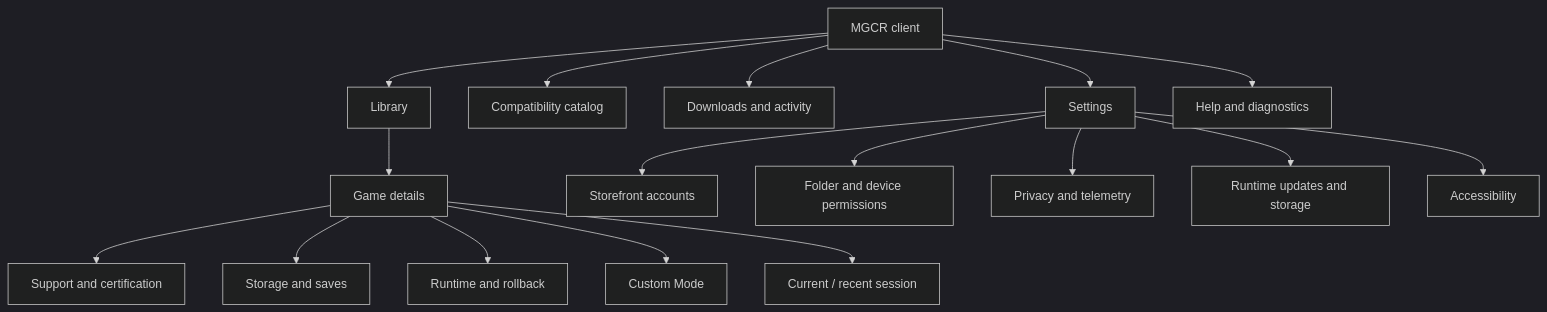
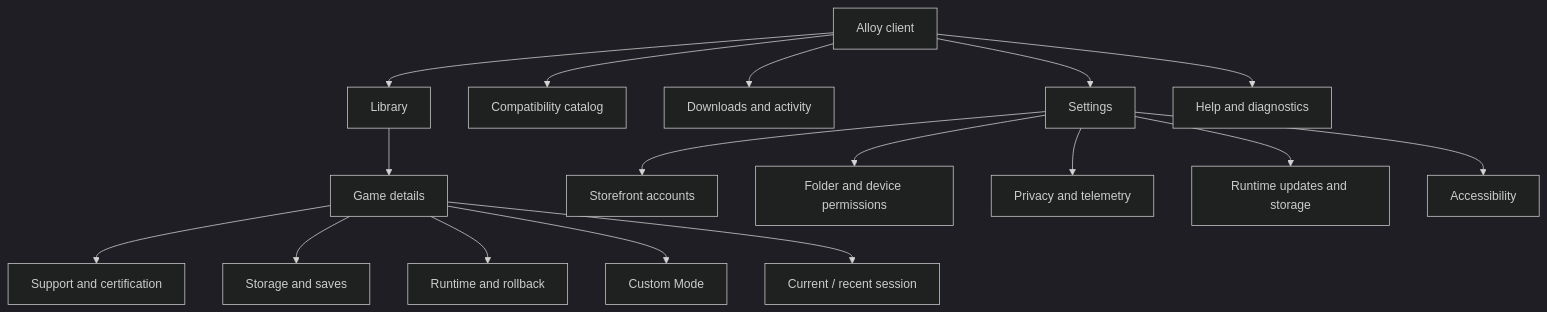
The first of 2 diagrams in docs/docs/03_UX_AND_USER_JOURNEYS.md (cleverClosure/Alloy), drawn with Mermaid (dark theme) before and after one commit. The commit also changed other lines of this file and 42 other files, not shown here.

````diff
--- a/docs/docs/03_UX_AND_USER_JOURNEYS.md
+++ b/docs/docs/03_UX_AND_USER_JOURNEYS.md
@@ -35,21 +35,21 @@
 ```mermaid
 flowchart TB
-    App[MGCR client] --> Library[Library]
+    App[Alloy client] --> Library[Library]
     App --> Discover[Compatibility catalog]
     App --> Activity[Downloads and activity]
     App --> Settings[Settings]
     App --> Help[Help and diagnostics]
 
     Library --> Game[Game details]
     Game --> Support[Support and certification]
     Game --> Storage[Storage and saves]
     Game --> Versions[Runtime and rollback]
     Game --> Custom[Custom Mode]
     Game --> Session[Current / recent session]
 
     Settings --> Accounts[Storefront accounts]
     Settings --> Permissions[Folder and device permissions]
     Settings --> Telemetry[Privacy and telemetry]
     Settings --> Runtime[Runtime updates and storage]
     Settings --> Accessibility[Accessibility]
 ```
````
